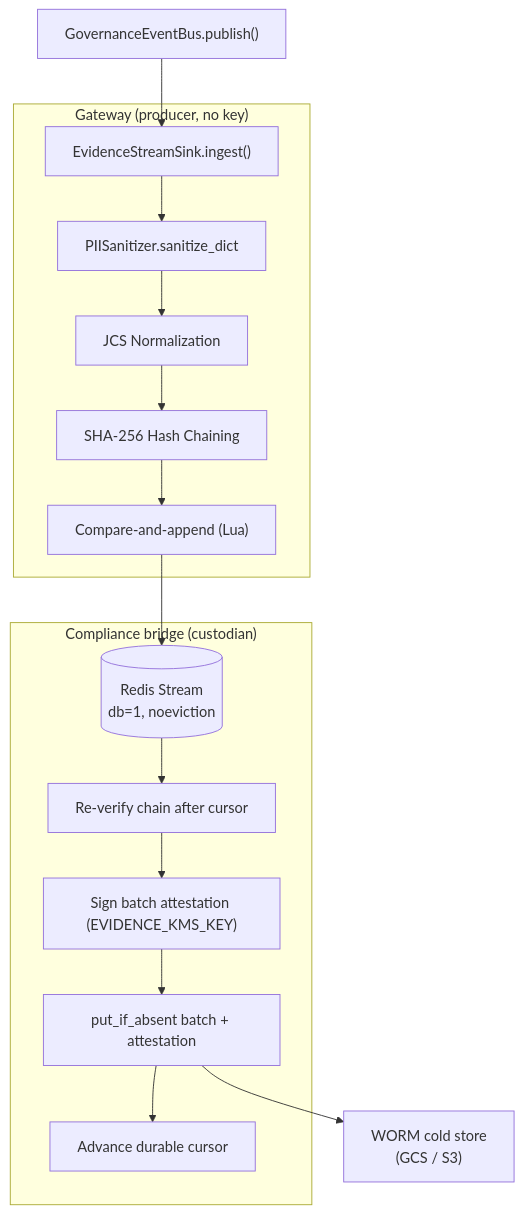
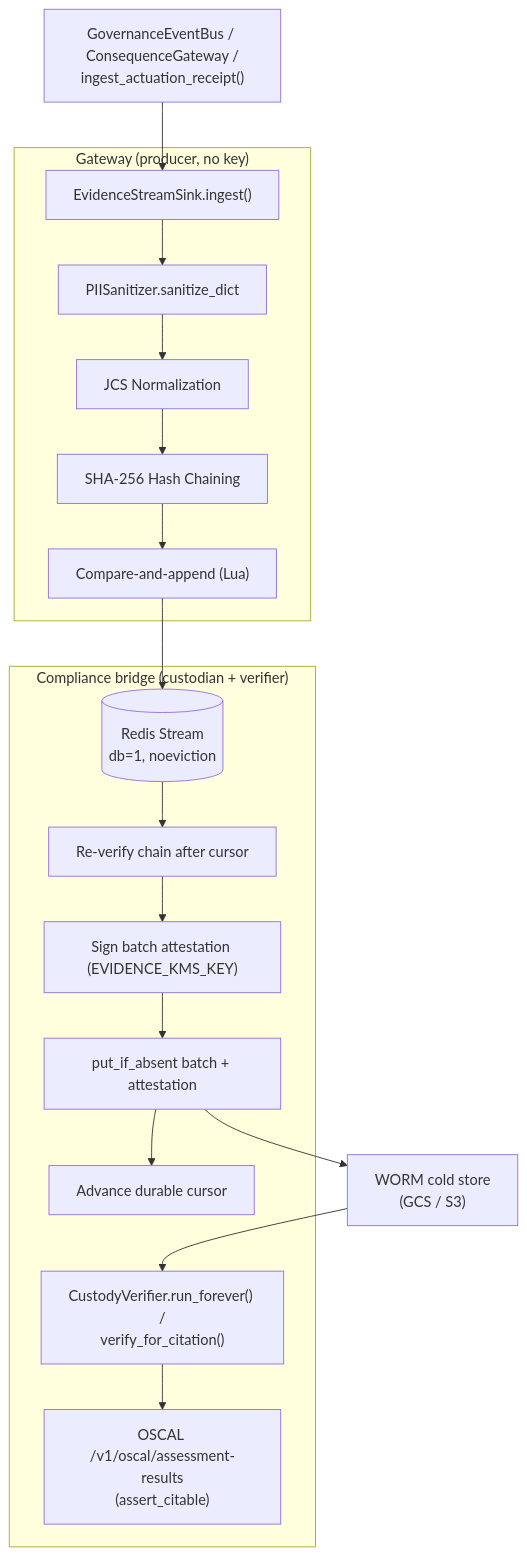
One commit to google/cybernetic-agent-governance-engine changed the diagram in docs/architecture/EVIDENCE_CHAIN.md. Above: the diagram before and after it, drawn with Mermaid. The commit also changed other lines of this file and 39 other files, not shown here.

First line of the commit message:
feat(compliance): verify custodied evidence on read-back (#327)

````diff
--- a/docs/architecture/EVIDENCE_CHAIN.md
+++ b/docs/architecture/EVIDENCE_CHAIN.md
@@ -16,22 +16,24 @@
 ```mermaid
 flowchart TD
-    EventBus["GovernanceEventBus.publish()"] --> Ingest["EvidenceStreamSink.ingest()"]
+    EventBus["GovernanceEventBus / ConsequenceGateway /\ningest_actuation_receipt()"] --> Ingest["EvidenceStreamSink.ingest()"]
 
     subgraph Producer["Gateway (producer, no key)"]
         Ingest --> PII[PIISanitizer.sanitize_dict]
         PII --> JCS[JCS Normalization]
         JCS --> Hash[SHA-256 Hash Chaining]
         Hash --> CAS["Compare-and-append (Lua)"]
     end
 
     CAS --> Redis[("Redis Stream\ndb=1, noeviction")]
 
-    subgraph Custodian["Compliance bridge (custodian)"]
+    subgraph Custodian["Compliance bridge (custodian + verifier)"]
         Redis --> Verify["Re-verify chain after cursor"]
         Verify --> Sign["Sign batch attestation (EVIDENCE_KMS_KEY)"]
         Sign --> Put["put_if_absent batch + attestation"]
         Put --> Cursor["Advance durable cursor"]
+        VerifyArchive["CustodyVerifier.run_forever() /\nverify_for_citation()"] --> OSCAL["OSCAL /v1/oscal/assessment-results\n(assert_citable)"]
     end
 
     Put --> Integrations["WORM cold store\n(GCS / S3)"]
+    Integrations --> VerifyArchive
 ```
````
